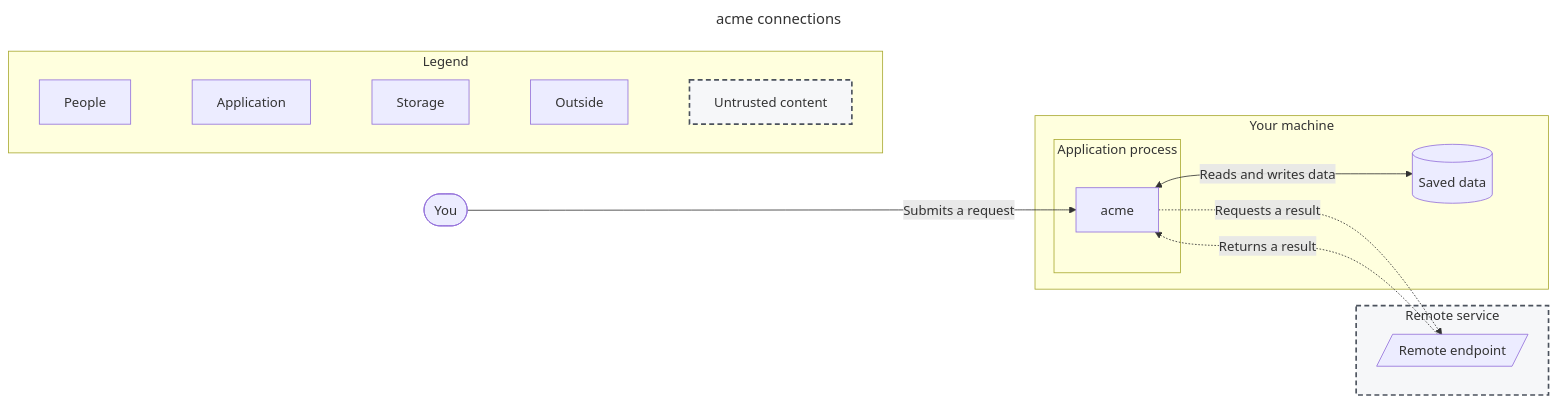
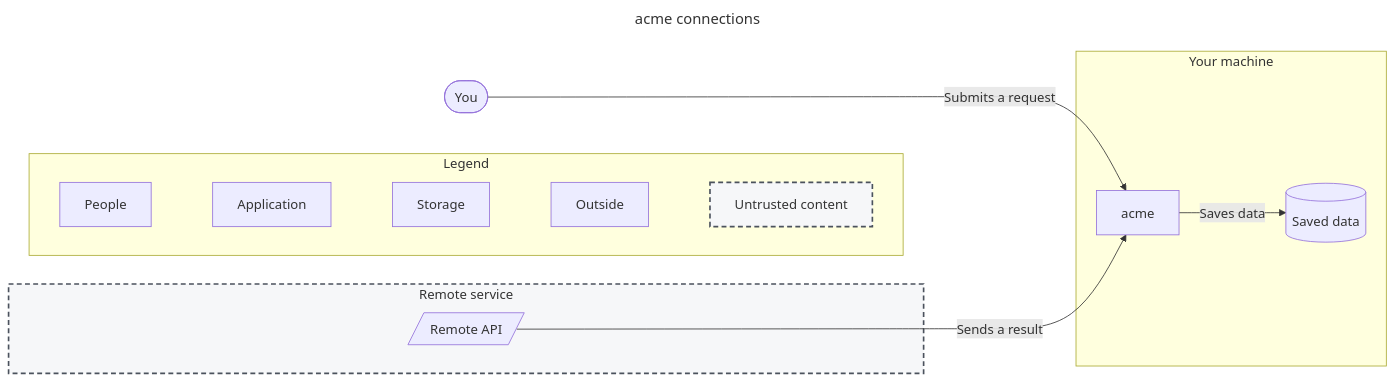
The diagram in examples/architecture/chart.mmd (Sora-bluesky/checkchart), drawn with Mermaid before and after one commit. The commit also changed 20 other files, not shown here.

First line of the commit message:
Redraw the README charts and correct the docs (#6)

```diff
--- a/examples/architecture/chart.mmd
+++ b/examples/architecture/chart.mmd
@@ -1,38 +1,35 @@
 ---
 title: "acme connections"
 ---
 flowchart LR
   subgraph legend["Legend"]
     direction LR
     lg0["People"]
     lg1["Application"]
     lg2["Storage"]
     lg3["Outside"]
     lg4["Untrusted content"]
     lg0 ~~~ lg1 ~~~ lg2 ~~~ lg3 ~~~ lg4
   end
   class lg0 tan
   class lg1 teal
   class lg2 purple
   class lg3 orange
   class lg4 untrusted
   subgraph z0["Your machine"]
-    subgraph z1["Application process"]
-      n1["acme"]
-    end
+    n1["acme"]
     n2[("Saved data")]
   end
-  subgraph z2["Remote service"]
-    n3[/"Remote endpoint"/]
+  subgraph z1["Remote service"]
+    n3[/"Remote API"/]
   end
   n0(["You"])
   n0 -->|"Submits a request"| n1
-  n1 <-->|"Reads and writes data"| n2
-  n1 -.->|"Requests a result"| n3
-  n3 -.->|"Returns a result"| n1
+  n1 -->|"Saves data"| n2
+  n3 -->|"Sends a result"| n1
   classDef untrusted fill:#f6f7f9,stroke:#4b525d,stroke-width:2px,stroke-dasharray:6 4
-  class z2 untrusted
+  class z1 untrusted
   class n0 tan
   class n1 teal
   class n2 purple
   class n3 orange
```
